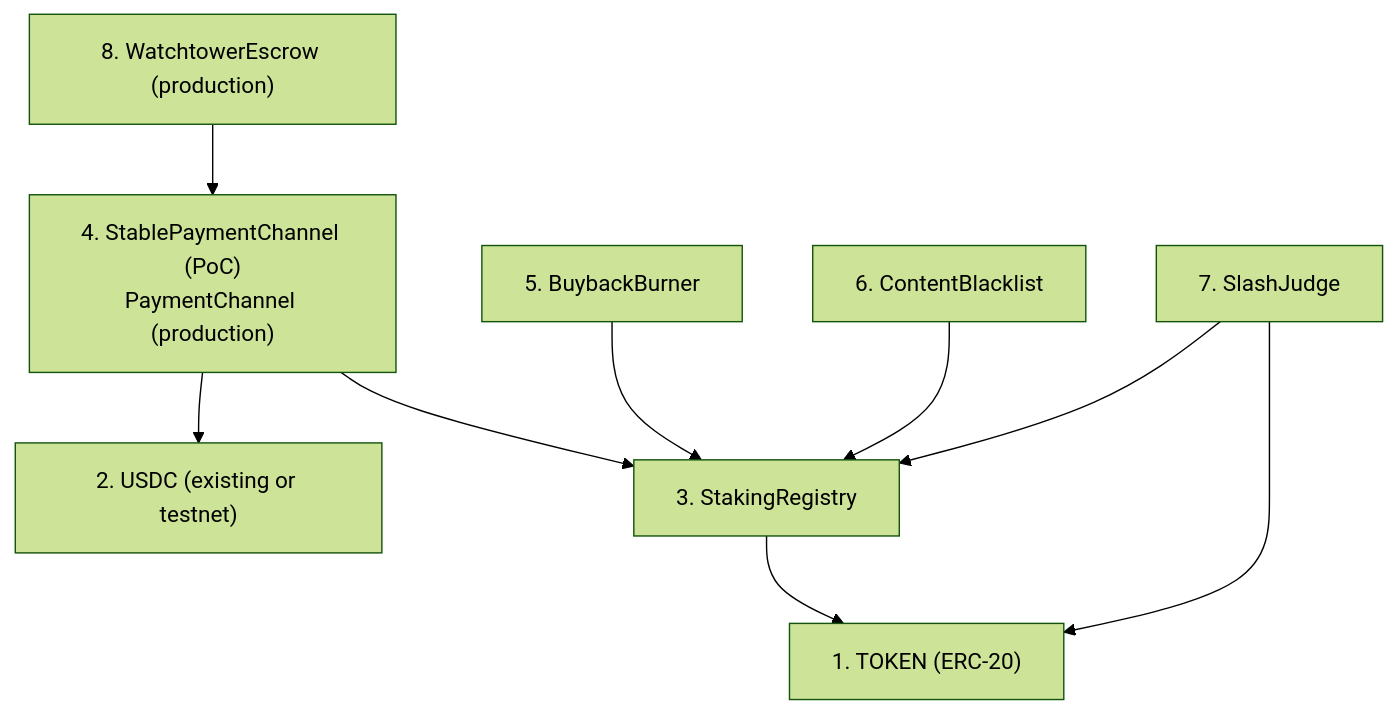
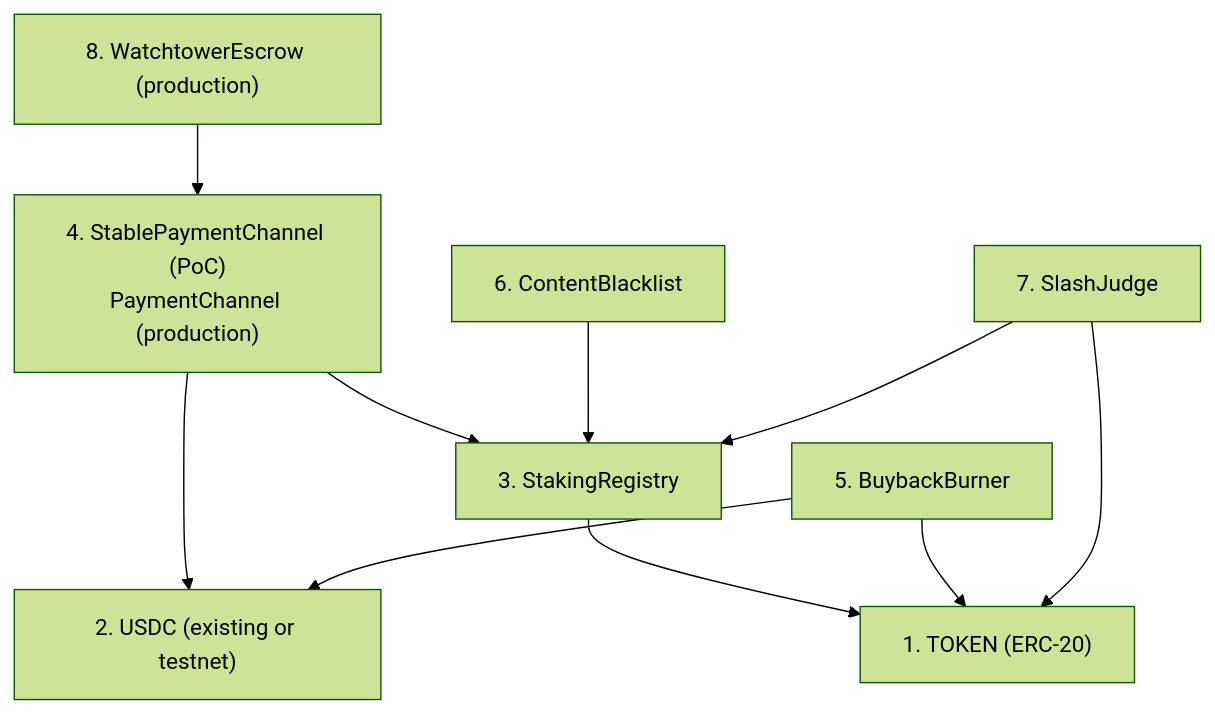
Before and after one commit to decdn/decdn: the first of 4 diagrams in adr/016-contract-interactions.md, drawn with Mermaid (forest theme). The commit also changed other lines of this file, not shown here.

````diff
--- a/adr/016-contract-interactions.md
+++ b/adr/016-contract-interactions.md
@@ -35,20 +35,21 @@
 ```mermaid
 graph TD
     TOKEN["1. TOKEN (ERC-20)"]
     USDC["2. USDC (existing or testnet)"]
     SR["3. StakingRegistry"]
     SPC["4. StablePaymentChannel (PoC)<br/>PaymentChannel (production)"]
     BB["5. BuybackBurner"]
     CB["6. ContentBlacklist"]
     SJ["7. SlashJudge"]
     WE["8. WatchtowerEscrow (production)"]
 
     SR --> TOKEN
     SPC --> USDC
     SPC --> SR
-    BB --> SR
+    BB --> TOKEN
+    BB --> USDC
     CB --> SR
     SJ --> SR
     SJ --> TOKEN
     WE --> SPC
 ```
````
